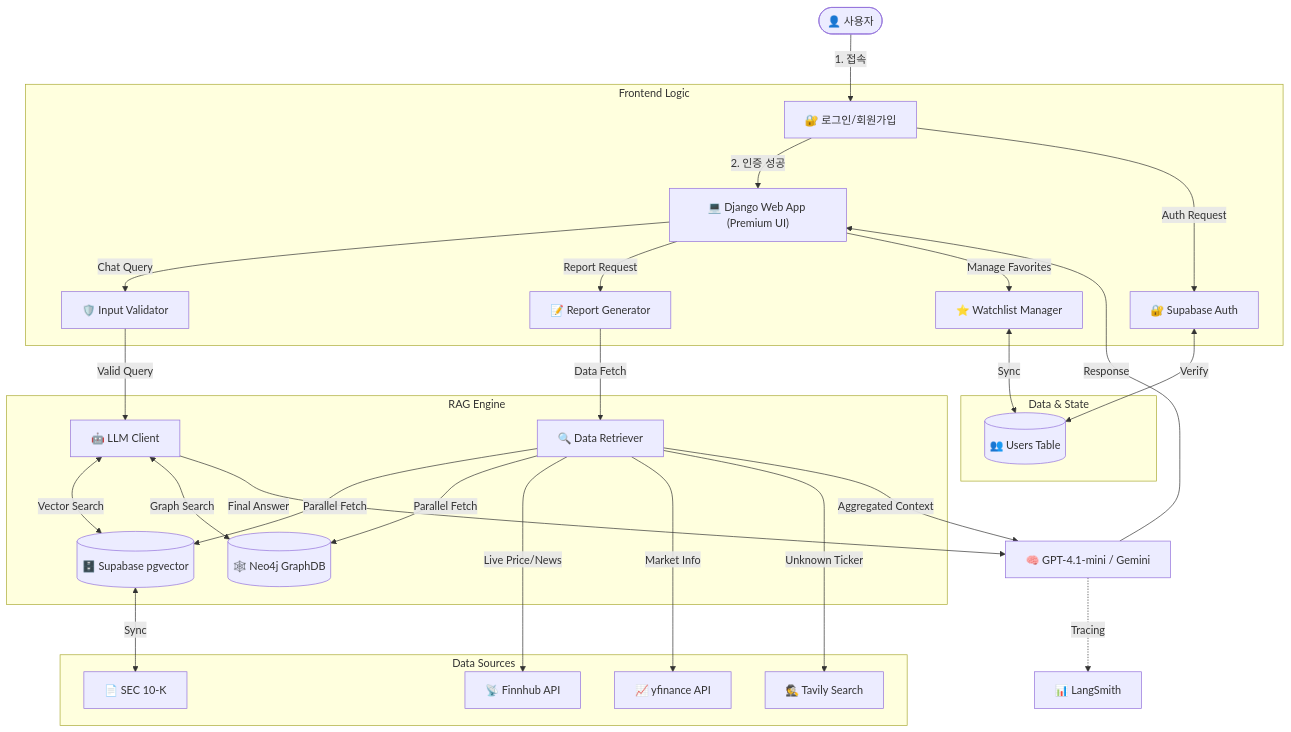
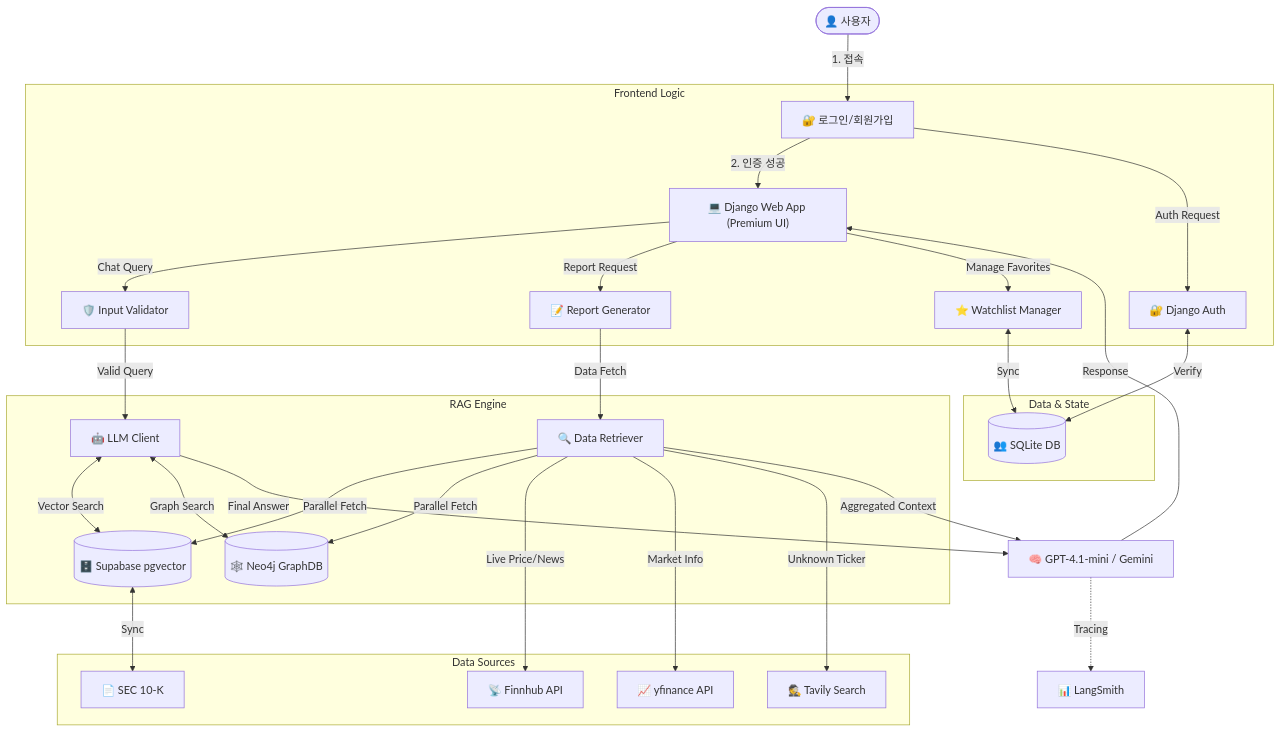
The first of 2 diagrams in README.md (SKNETWORKS-FAMILY-AICAMP/SKN22-4th-4Team), drawn with Mermaid before and after one commit. The commit also changed 1 other file, not shown here.

````diff
--- a/README.md
+++ b/README.md
@@ -32,40 +32,40 @@
 ```mermaid
 graph TD
     User(["👤 사용자"]) -->|1. 접속| Login["🔐 로그인/회원가입"]
     Login -->|2. 인증 성공| UI["💻 Django Web App (Premium UI)"]
     
     subgraph Frontend Logic
-        Login -->|Auth Request| Auth["🔐 Supabase Auth"]
+        Login -->|Auth Request| Auth["🔐 Django Auth"]
         UI -->|Chat Query| Validator["🛡️ Input Validator"]
         UI -->|Report Request| ReportGen["📝 Report Generator"]
         UI -->|Manage Favorites| Watchlistmgr["⭐ Watchlist Manager"]
     end
 
     subgraph "Data & State"
-        Auth <-->|Verify| UserDB[("👥 Users Table")]
+        Auth <-->|Verify| UserDB[("👥 SQLite DB")]
         Watchlistmgr <-->|Sync| UserDB
     end
 
     subgraph RAG Engine
         Validator -->|Valid Query| Agent["🤖 LLM Client"]
         ReportGen -->|Data Fetch| Retriever["🔍 Data Retriever"]
         
         Agent <-->|Vector Search| VectorDB[("🗄️ Supabase pgvector")]
         Agent <-->|Graph Search| GraphDB[("🕸️ Neo4j GraphDB")]
         
         Retriever -->|Parallel Fetch| VectorDB
         Retriever -->|Parallel Fetch| GraphDB
     end
 
     subgraph Data Sources
         Retriever -->|Live Price/News| Finnhub["📡 Finnhub API"]
         Retriever -->|Market Info| Yahoo["📈 yfinance API"]
         Retriever -->|Unknown Ticker| Tavily["🕵️ Tavily Search"]
         VectorDB <-->|Sync| SEC["📄 SEC 10-K"]
     end
 
     Retriever -->|Aggregated Context| LLM["🧠 GPT-4.1-mini / Gemini"]
     Agent -->|Final Answer| LLM
     LLM -->|Response| UI
     LLM -.->|Tracing| LS["📊 LangSmith"]
 ```
````
